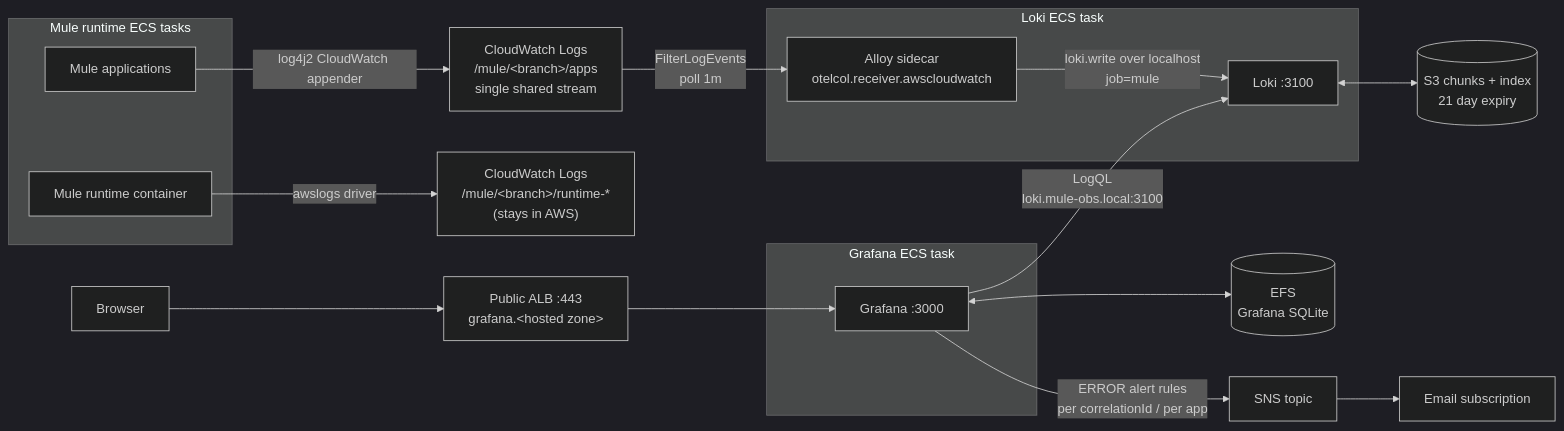
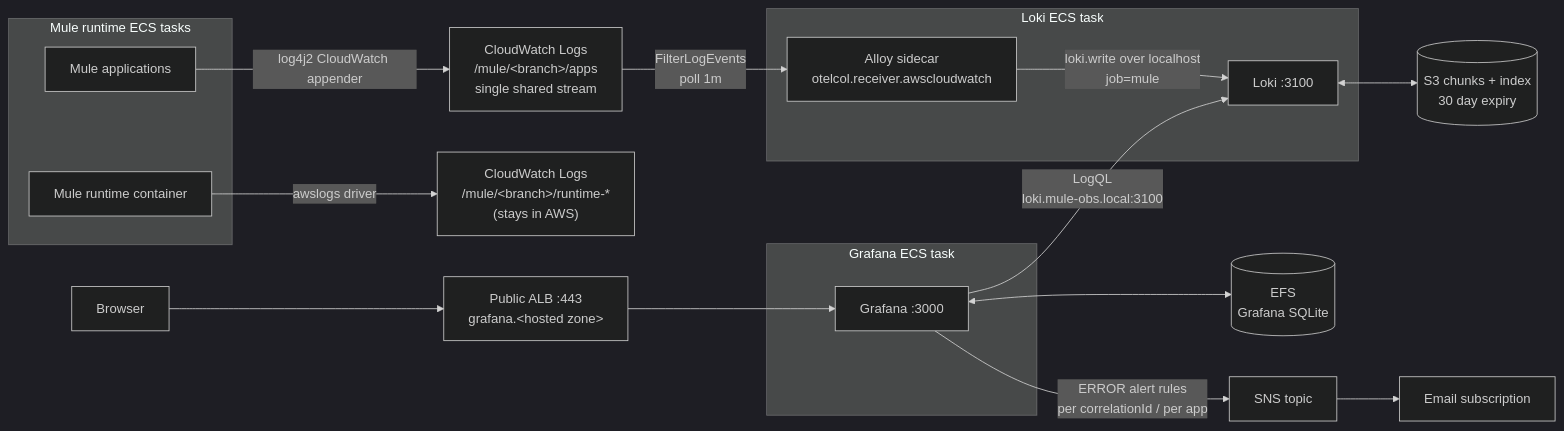
Before and after one commit to GemeenteNijmegen/mule-infra: the diagram in README.md, drawn with Mermaid (dark theme). The commit also changed 2 other files, not shown here.

Commit message:
chore: use 30 day expiry instead of 21 days for grafana logs

````diff
--- a/README.md
+++ b/README.md
@@ -113,30 +113,30 @@
 ```mermaid
 flowchart LR
     U["Browser"] --> ALB["Public ALB :443<br/>grafana.&lt;hosted zone&gt;"]
 
     subgraph muleTask["Mule runtime ECS tasks"]
         MR["Mule runtime container"]
         MA["Mule applications"]
     end
 
     MR -- "awslogs driver" --> CWR["CloudWatch Logs<br/>/mule/&lt;branch&gt;/runtime-*<br/>(stays in AWS)"]
     MA -- "log4j2 CloudWatch appender" --> CWA["CloudWatch Logs<br/>/mule/&lt;branch&gt;/apps<br/>single shared stream"]
 
     subgraph lokiTask["Loki ECS task"]
         AL["Alloy sidecar<br/>otelcol.receiver.awscloudwatch"]
         LK["Loki :3100"]
         AL -- "loki.write over localhost<br/>job=mule" --> LK
     end
 
     CWA -- "FilterLogEvents<br/>poll 1m" --> AL
-    LK <--> S3[("S3 chunks + index<br/>21 day expiry")]
+    LK <--> S3[("S3 chunks + index<br/>30 day expiry")]
 
     subgraph grafanaTask["Grafana ECS task"]
         GR["Grafana :3000"]
     end
 
     ALB --> GR
     GR <--> EFS[("EFS<br/>Grafana SQLite")]
     GR -- "LogQL<br/>loki.mule-obs.local:3100" --> LK
     GR -- "ERROR alert rules<br/>per correlationId / per app" --> SNS["SNS topic"] --> MAIL["Email subscription"]
 ```
````
